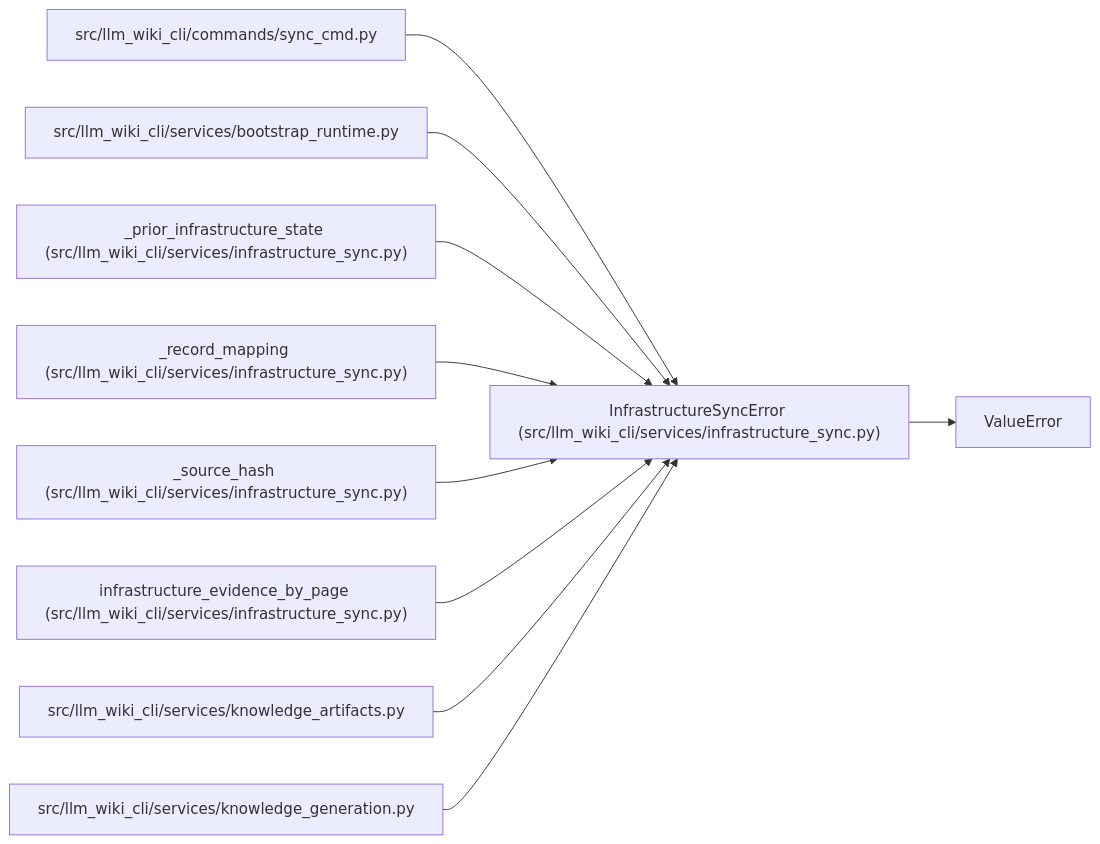
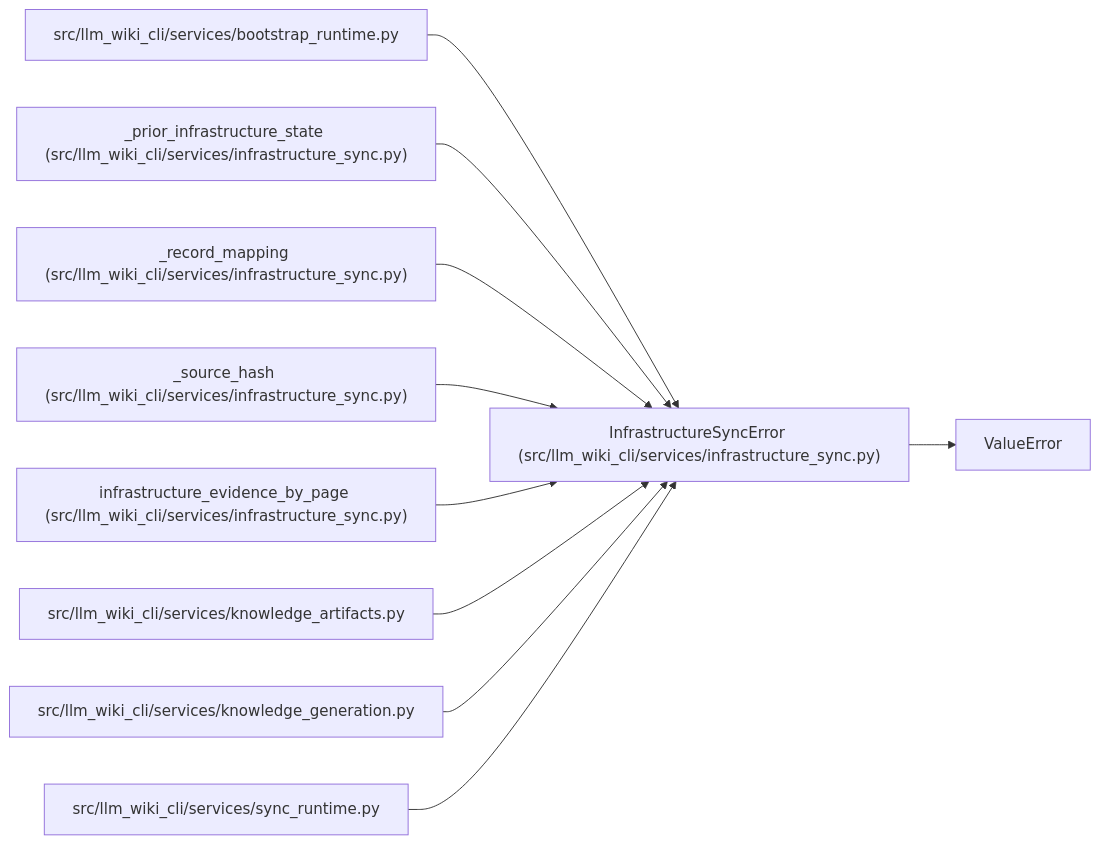
The diagram in docs/llm_wiki/entities/InfrastructureSyncError.md (Denissvgn/python-wiki-llm), drawn with Mermaid before and after one commit. The commit also changed other lines of this file and 1555 other files, not shown here.

````diff
--- a/docs/llm_wiki/entities/InfrastructureSyncError.md
+++ b/docs/llm_wiki/entities/InfrastructureSyncError.md
@@ -23,31 +23,31 @@
 ```mermaid
 flowchart LR
     n0["InfrastructureSyncError (src/llm_wiki_cli/services/infrastructure_sync.py)"]
     n1["ValueError"]
-    n2["src/llm_wiki_cli/commands/sync_cmd.py"]
-    n3["src/llm_wiki_cli/services/bootstrap_runtime.py"]
-    n4["_prior_infrastructure_state (src/llm_wiki_cli/services/infrastructure_sync.py)"]
-    n5["_record_mapping (src/llm_wiki_cli/services/infrastructure_sync.py)"]
-    n6["_source_hash (src/llm_wiki_cli/services/infrastructure_sync.py)"]
-    n7["infrastructure_evidence_by_page (src/llm_wiki_cli/services/infrastructure_sync.py)"]
-    n8["src/llm_wiki_cli/services/knowledge_artifacts.py"]
-    n9["src/llm_wiki_cli/services/knowledge_generation.py"]
+    n2["src/llm_wiki_cli/services/bootstrap_runtime.py"]
+    n3["_prior_infrastructure_state (src/llm_wiki_cli/services/infrastructure_sync.py)"]
+    n4["_record_mapping (src/llm_wiki_cli/services/infrastructure_sync.py)"]
+    n5["_source_hash (src/llm_wiki_cli/services/infrastructure_sync.py)"]
+    n6["infrastructure_evidence_by_page (src/llm_wiki_cli/services/infrastructure_sync.py)"]
+    n7["src/llm_wiki_cli/services/knowledge_artifacts.py"]
+    n8["src/llm_wiki_cli/services/knowledge_generation.py"]
+    n9["src/llm_wiki_cli/services/sync_runtime.py"]
     n0 --> n1
     n2 --> n0
     n3 --> n0
     n4 --> n0
     n5 --> n0
     n6 --> n0
     n7 --> n0
     n8 --> n0
     n9 --> n0
     click n0 "../modules/infrastructure_sync.md"
-    click n2 "../modules/sync_cmd.md"
-    click n3 "../modules/bootstrap_runtime.md"
+    click n2 "../modules/bootstrap_runtime.md"
+    click n3 "../modules/infrastructure_sync.md"
     click n4 "../modules/infrastructure_sync.md"
     click n5 "../modules/infrastructure_sync.md"
     click n6 "../modules/infrastructure_sync.md"
-    click n7 "../modules/infrastructure_sync.md"
-    click n8 "../modules/knowledge_artifacts.md"
-    click n9 "../modules/knowledge_generation.md"
+    click n7 "../modules/knowledge_artifacts.md"
+    click n8 "../modules/knowledge_generation.md"
+    click n9 "../modules/sync_runtime.md"
 ```
````
